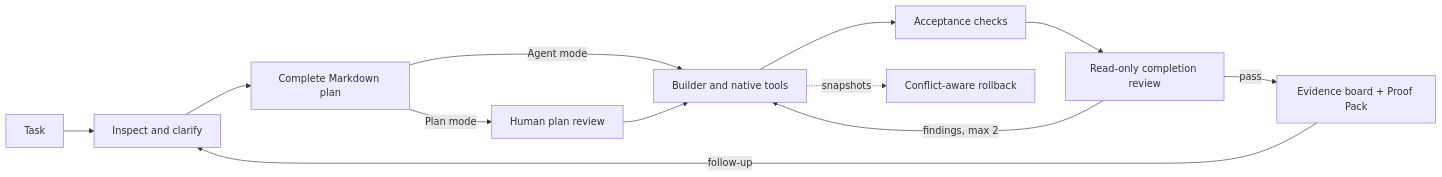
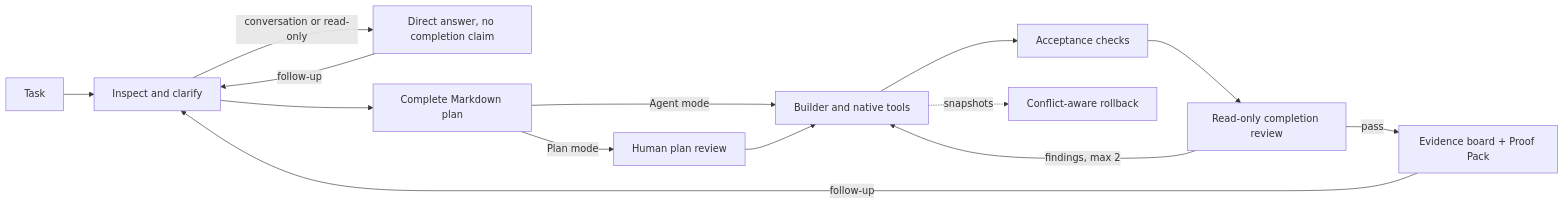
One commit to iamzwxyy/traceforge changed the diagram in README.md. Above: the diagram before and after it, drawn with Mermaid. The commit also changed other lines of this file and 27 other files, not shown here.

````diff
--- a/README.md
+++ b/README.md
@@ -125,14 +127,16 @@
 ```mermaid
 flowchart LR
     A[Task] --> B[Inspect and clarify]
+    B -->|conversation or read-only| J[Direct answer, no completion claim]
     B --> C[Complete Markdown plan]
     C -->|Agent mode| D[Builder and native tools]
     C -->|Plan mode| H[Human plan review]
     H --> D
     D --> E[Acceptance checks]
     E --> F[Read-only completion review]
     F -->|pass| G[Evidence board + Proof Pack]
     F -->|findings, max 2| D
     G -->|follow-up| B
+    J -->|follow-up| B
     D -. snapshots .-> I[Conflict-aware rollback]
 ```
````
